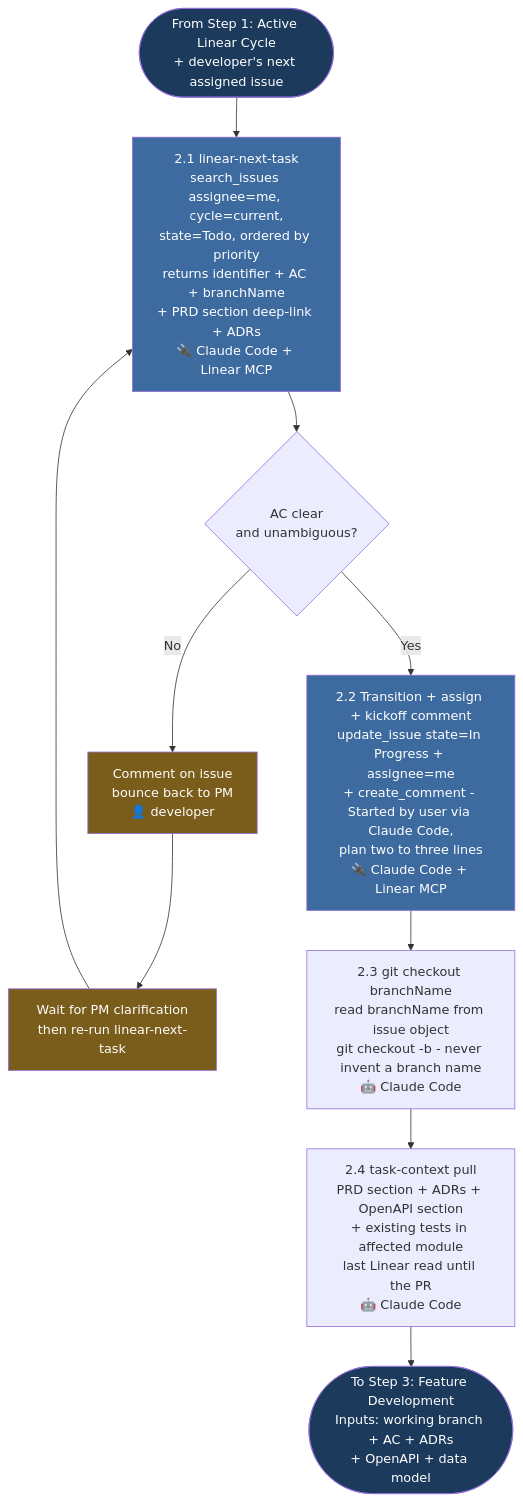
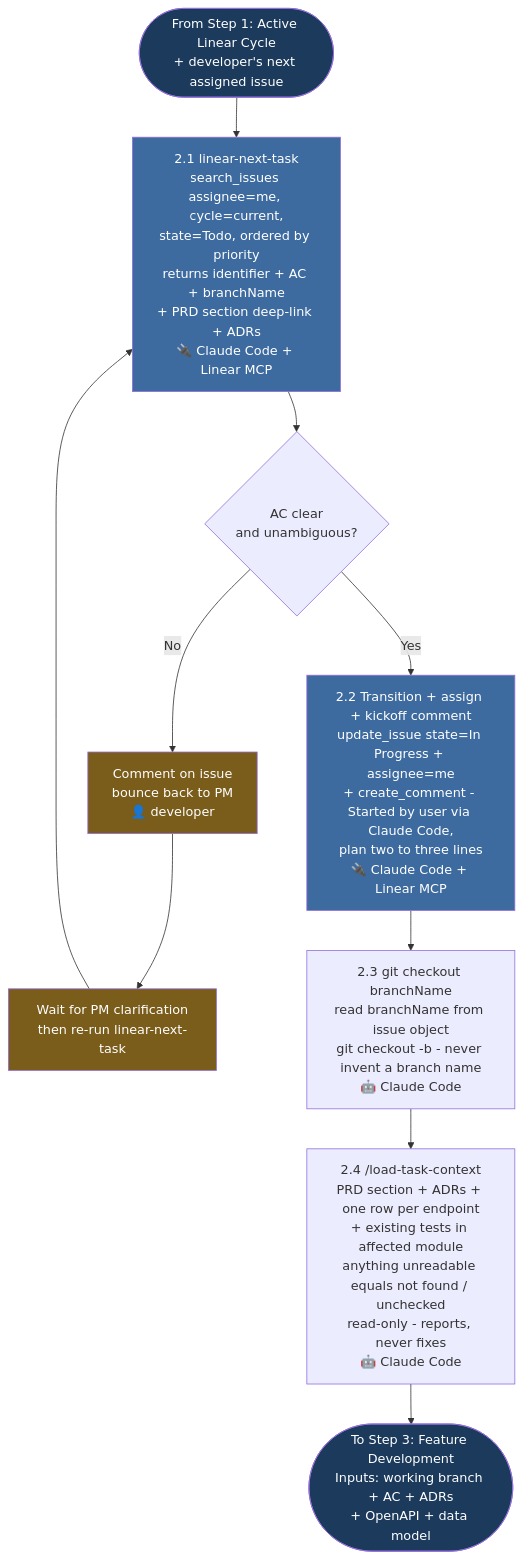
Before and after one commit to kalpat-allion/ai-dlc: the third of 8 diagrams in aidlc-phases/03-development/FLOWCHART.md, drawn with Mermaid. The commit also changed other lines of this file and 16 other files, not shown here.

First line of the commit message:
feat(phase-3): convert remaining development prompts into four Claude Code artifacts

````diff
--- a/aidlc-phases/03-development/FLOWCHART.md
+++ b/aidlc-phases/03-development/FLOWCHART.md
@@ -134,23 +138,23 @@
 ```mermaid
 flowchart TD
     PS_IN([From Step 1: Active Linear Cycle<br/>+ developer's next assigned issue]) --> PS1
 
     PS1[2.1 linear-next-task<br/>search_issues assignee=me, cycle=current,<br/>state=Todo, ordered by priority<br/>returns identifier + AC + branchName<br/>+ PRD section deep-link + ADRs<br/>🔌 Claude Code + Linear MCP] --> PS2
 
     PS2{AC clear<br/>and unambiguous?}
     PS2 -- No --> BOUNCE[Comment on issue<br/>bounce back to PM<br/>👤 developer]
     BOUNCE --> PS_LOOP[Wait for PM clarification<br/>then re-run linear-next-task]
     PS_LOOP --> PS1
 
     PS2 -- Yes --> PS3[2.2 Transition + assign + kickoff comment<br/>update_issue state=In Progress + assignee=me<br/>+ create_comment - Started by user via Claude Code,<br/>plan two to three lines<br/>🔌 Claude Code + Linear MCP]
     PS3 --> PS4[2.3 git checkout branchName<br/>read branchName from issue object<br/>git checkout -b - never invent a branch name<br/>🤖 Claude Code]
-    PS4 --> PS5[2.4 task-context pull<br/>PRD section + ADRs + OpenAPI section<br/>+ existing tests in affected module<br/>last Linear read until the PR<br/>🤖 Claude Code]
+    PS4 --> PS5[2.4 /load-task-context<br/>PRD section + ADRs + one row per endpoint<br/>+ existing tests in affected module<br/>anything unreadable equals not found / unchecked<br/>read-only - reports, never fixes<br/>🤖 Claude Code]
     PS5 --> PS_OUT([To Step 3: Feature Development<br/>Inputs: working branch + AC + ADRs<br/>+ OpenAPI + data model])
 
     style PS_IN fill:#1B3A5C,color:#fff
     style PS_OUT fill:#1B3A5C,color:#fff
     style PS1 fill:#3D6B9F,color:#fff
     style PS3 fill:#3D6B9F,color:#fff
     style BOUNCE fill:#7A5C1B,color:#fff
     style PS_LOOP fill:#7A5C1B,color:#fff
 ```
````
